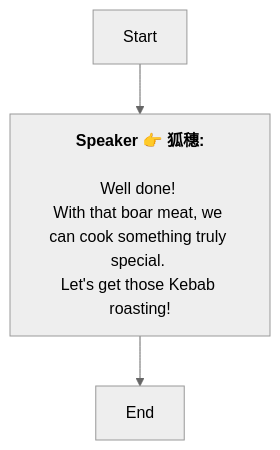
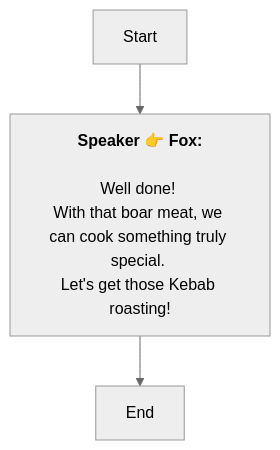
Before and after one commit to SoftHu/tos_avg: the diagram in Zh/QuestStartTalkENode_1768893356509241.md, drawn with Mermaid (neutral theme). The commit also changed 737 other files, not shown here.

````diff
--- a/Zh/QuestStartTalkENode_1768893356509241.md
+++ b/Zh/QuestStartTalkENode_1768893356509241.md
@@ -1,10 +1,8 @@
 ```mermaid
 graph
-Start -->1768893382846524[<b>Speaker 👉 狐穗:</b>
-
-Well done! 
-With that boar meat, we can cook something truly special. 
-Let's get those Kebab roasting!]
+Start -->1768893382846524[<b>Speaker 👉 Fox:</b>
+\nWell done! 
+With that boar meat, we can cook something truly special. \nLet's get those Kebab roasting!]
 1768893382846524 -->1768893407701053[End]
 
- ```
+```
````
